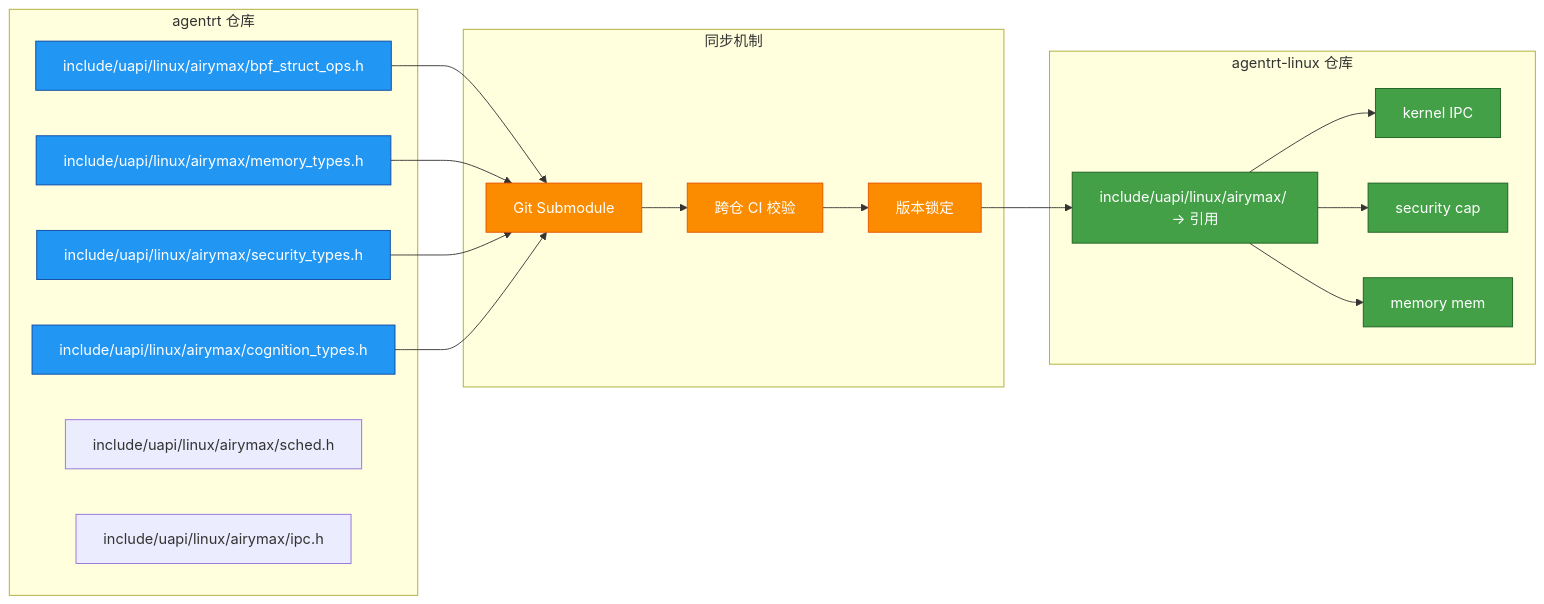
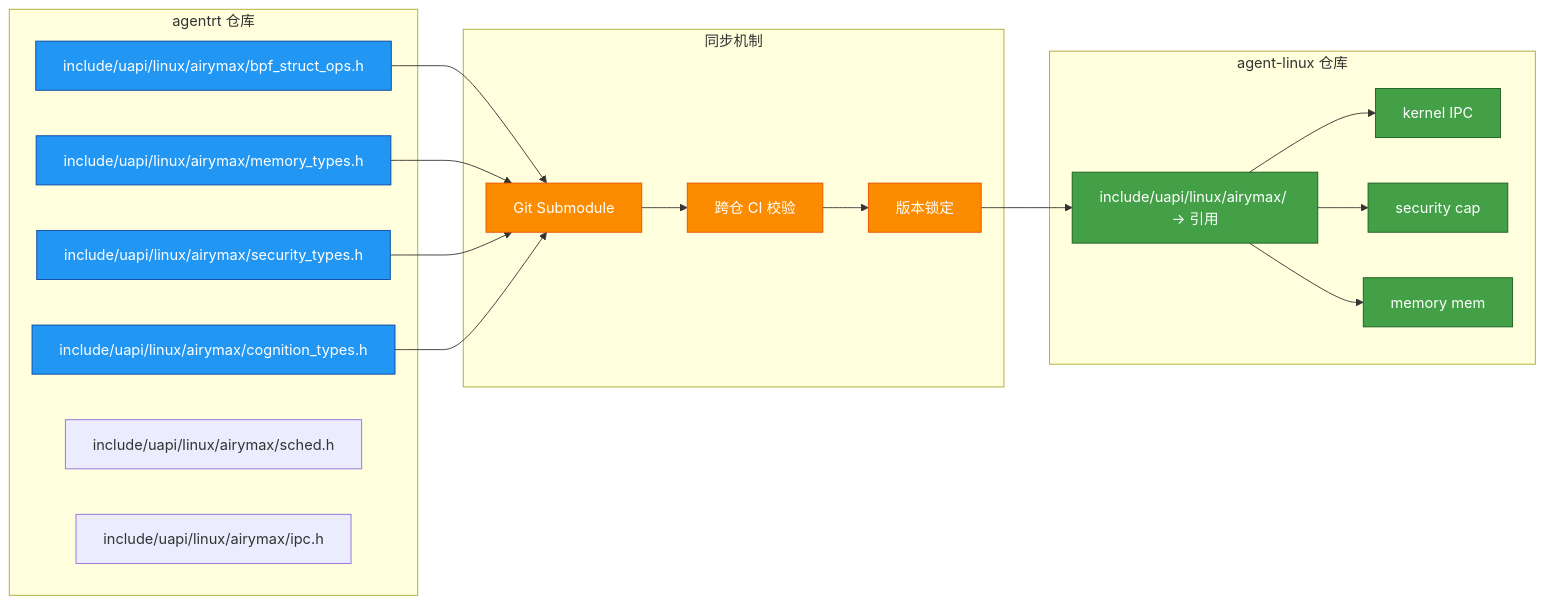
The fourth of 4 diagrams in 50-engineering-standards/40-integration/integration.md (openairymax/docs-linux), drawn with Mermaid before and after one commit. The commit also changed other lines of this file and 172 other files, not shown here.

Commit message:
docs: rename agentrt-linux to agent-linux across docs v0.1.3 双工程结构：agentrt-linux 改名 agent-linux。docs 全仓 186 个 文件中的 agentrt-linux 引用统一为 agent-linux（AirymaxOS 工程名/ URL/路径引用；commit hash 与历史不变）。

````diff
--- a/50-engineering-standards/40-integration/integration.md
+++ b/50-engineering-standards/40-integration/integration.md
@@ -740,43 +740,43 @@
 ```mermaid
 graph LR
     subgraph "agentrt 仓库"
         A1[include/uapi/linux/airymax/bpf_struct_ops.h]
         A2[include/uapi/linux/airymax/memory_types.h]
         A3[include/uapi/linux/airymax/security_types.h]
         A4[include/uapi/linux/airymax/cognition_types.h]
         A5[include/uapi/linux/airymax/sched.h]
         A6[include/uapi/linux/airymax/ipc.h]
     end
 
     subgraph "同步机制"
         S1[Git Submodule]
         S2[跨仓 CI 校验]
         S3[版本锁定]
     end
 
-    subgraph "agentrt-linux 仓库"
+    subgraph "agent-linux 仓库"
         B1[include/uapi/linux/airymax/ → 引用]
         B2[kernel IPC]
         B3[security cap]
         B4[memory mem]
     end
 
     A1 --> S1
     A2 --> S1
     A3 --> S1
     A4 --> S1
     S1 --> S2
     S2 --> S3
     S3 --> B1
     B1 --> B2
     B1 --> B3
     B1 --> B4
 
     classDef agentrt fill:#2196f3,stroke:#0d47a1,color:#ffffff
     classDef sync fill:#fb8c00,stroke:#e65100,color:#ffffff
     classDef os fill:#43a047,stroke:#1b5e20,color:#ffffff
 
     class A1,A2,A3,A4 agentrt
     class S1,S2,S3 sync
     class B1,B2,B3,B4 os
 ```
````
